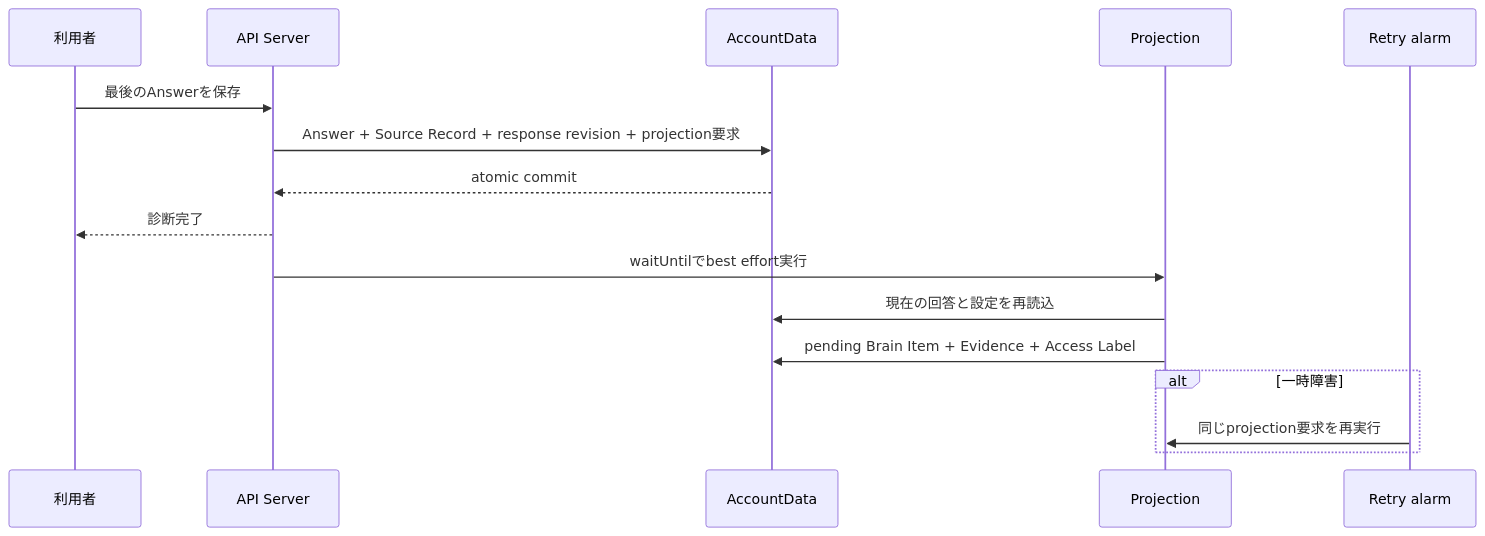
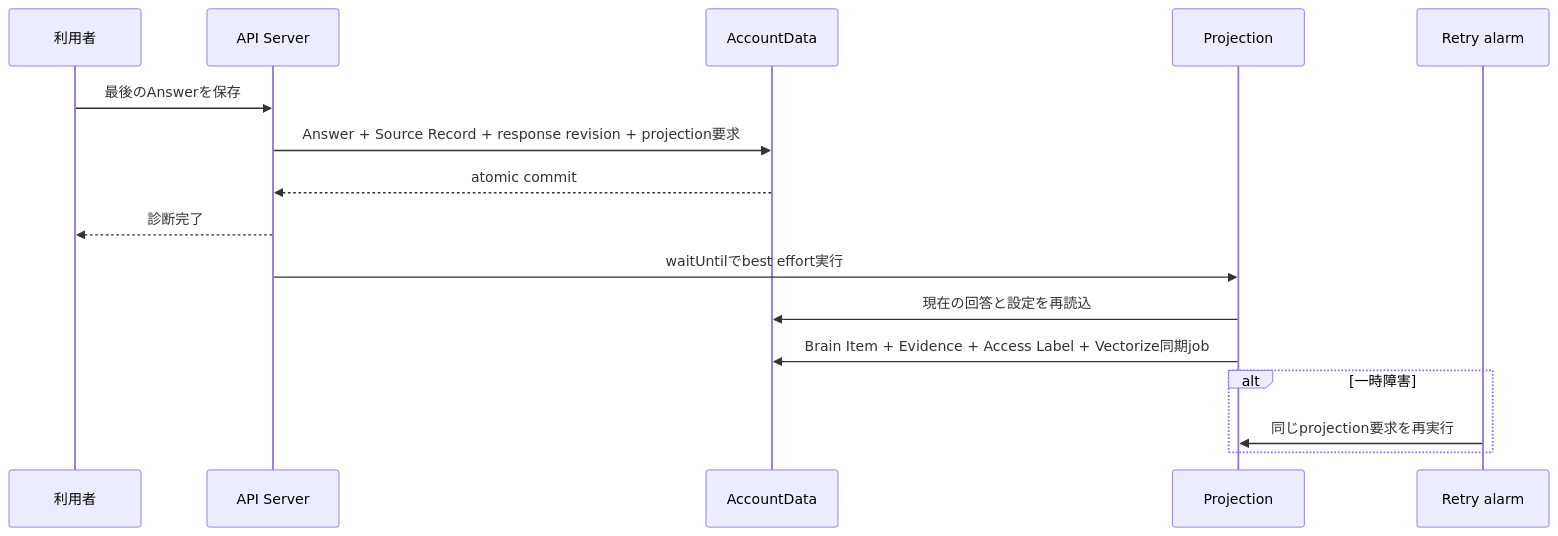
One commit to kkyosuke/me-builder changed the third of 4 diagrams in docs/domain/brain/brain-item-generation-design.md. Above: the diagram before and after it, drawn with Mermaid. The commit also changed other lines of this file and 5 other files, not shown here.

Commit message:
docs(docs): simplify brain item lifecycle

````diff
--- a/docs/domain/brain/brain-item-generation-design.md
+++ b/docs/domain/brain/brain-item-generation-design.md
@@ -193,19 +213,19 @@
 ```mermaid
 sequenceDiagram
     participant U as 利用者
     participant API as API Server
     participant AD as AccountData
     participant P as Projection
     participant R as Retry alarm
 
     U->>API: 最後のAnswerを保存
     API->>AD: Answer + Source Record + response revision + projection要求
     AD-->>API: atomic commit
     API-->>U: 診断完了
     API->>P: waitUntilでbest effort実行
     P->>AD: 現在の回答と設定を再読込
-    P->>AD: pending Brain Item + Evidence + Access Label
+    P->>AD: Brain Item + Evidence + Access Label + Vectorize同期job
     alt 一時障害
         R->>P: 同じprojection要求を再実行
     end
 ```
````
